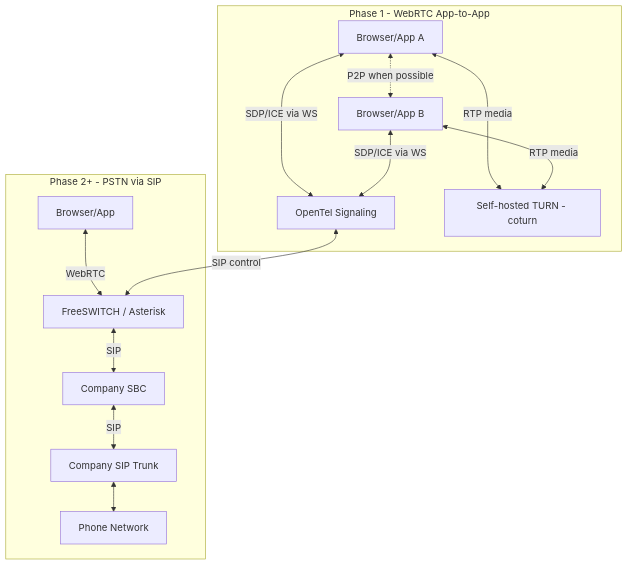
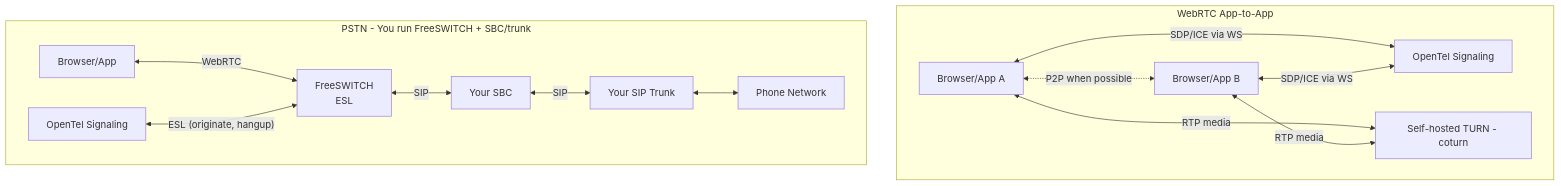
One commit to DanteCady/openTel changed the second of 5 diagrams in docs/DIAGRAMS.md. Above: the diagram before and after it, drawn with Mermaid. The commit also changed other lines of this file and 2 other files, not shown here.

First line of the commit message:
Docs: update architecture diagrams and README for FreeSWITCH/PSTN

````diff
--- a/docs/DIAGRAMS.md
+++ b/docs/DIAGRAMS.md
@@ -11,27 +45,28 @@
 ```mermaid
 flowchart TB
-    subgraph phase1 [Phase 1 - WebRTC App-to-App]
+    subgraph phase1 [WebRTC App-to-App]
         BrowserA[Browser/App A]
         BrowserB[Browser/App B]
-        OpenTel[OpenTel Signaling]
+        OpenTelSig[OpenTel Signaling]
         TURN[Self-hosted TURN - coturn]
-        BrowserA <-->|"SDP/ICE via WS"| OpenTel
-        BrowserB <-->|"SDP/ICE via WS"| OpenTel
+        BrowserA <-->|"SDP/ICE via WS"| OpenTelSig
+        BrowserB <-->|"SDP/ICE via WS"| OpenTelSig
         BrowserA <-->|"RTP media"| TURN
         BrowserB <-->|"RTP media"| TURN
         BrowserA <-.->|"P2P when possible"| BrowserB
     end
 
-    subgraph phase2 [Phase 2+ - PSTN via SIP]
+    subgraph phase2 [PSTN - You run FreeSWITCH + SBC/trunk]
         App[Browser/App]
-        Gateway[FreeSWITCH / Asterisk]
-        SBC[Company SBC]
-        SIPTrunk[Company SIP Trunk]
+        OpenTelCtrl[OpenTel Signaling]
+        Gateway[FreeSWITCH\nESL]
+        SBC[Your SBC]
+        SIPTrunk[Your SIP Trunk]
         PSTN[Phone Network]
         App <-->|WebRTC| Gateway
-        OpenTel <-->|SIP control| Gateway
+        OpenTelCtrl <-->|"ESL (originate, hangup)"| Gateway
         Gateway <-->|SIP| SBC
         SBC <-->|SIP| SIPTrunk
         SIPTrunk <--> PSTN
     end
 ```
````
